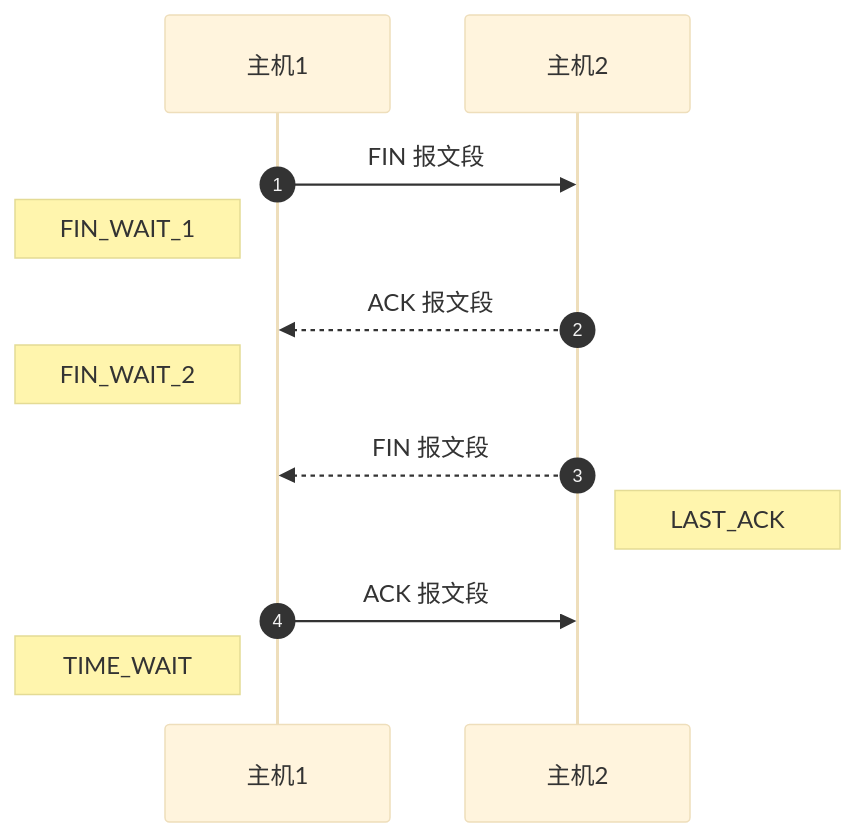
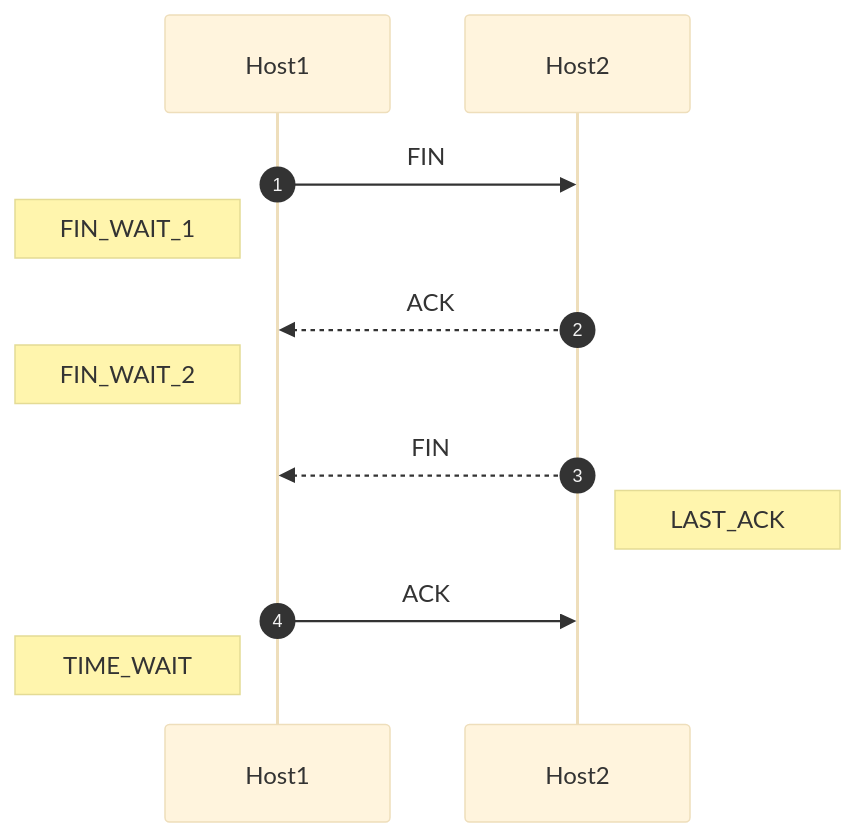
The second of 2 diagrams in docs/-Programing/Browser/网络通信.md (cubxx/blog), drawn with Mermaid (base theme) before and after one commit. The commit also changed other lines of this file and 52 other files, not shown here.

````diff
--- a/docs/-Programing/Browser/网络通信.md
+++ b/docs/-Programing/Browser/网络通信.md
@@ -35,14 +35,14 @@
 ```mermaid
 sequenceDiagram
     autonumber
-    participant a as 主机1
-    participant b as 主机2
-    a->>b: FIN 报文段
+    participant a as Host1
+    participant b as Host2
+    a->>b: FIN
     Note left of a: FIN_WAIT_1
-    b-->>a: ACK 报文段
+    b-->>a: ACK
     Note left of a: FIN_WAIT_2
-    b-->>a: FIN 报文段
+    b-->>a: FIN
     Note right of b: LAST_ACK
-    a->>b: ACK 报文段
+    a->>b: ACK
     Note left of a: TIME_WAIT
 ```
````
